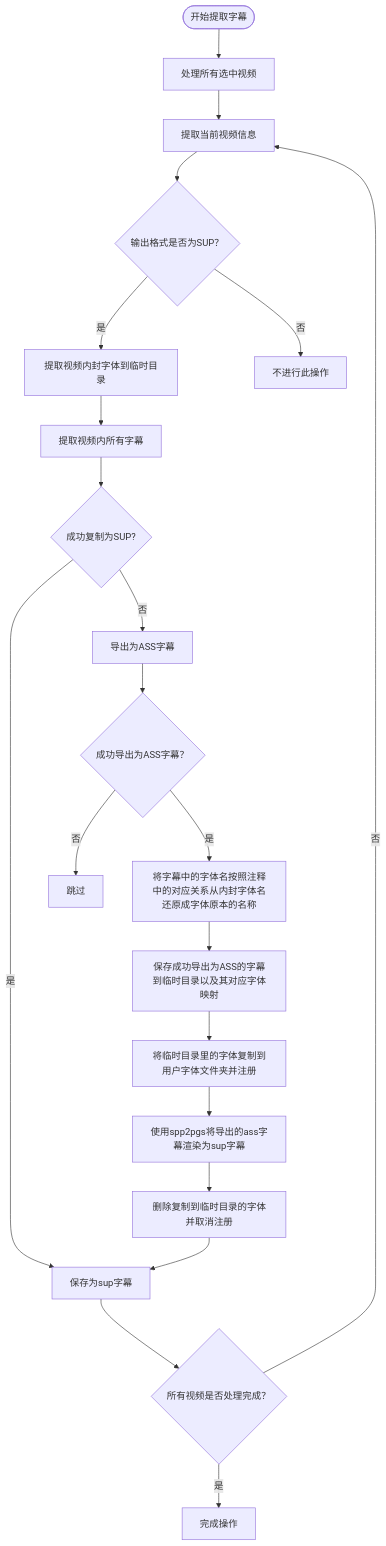
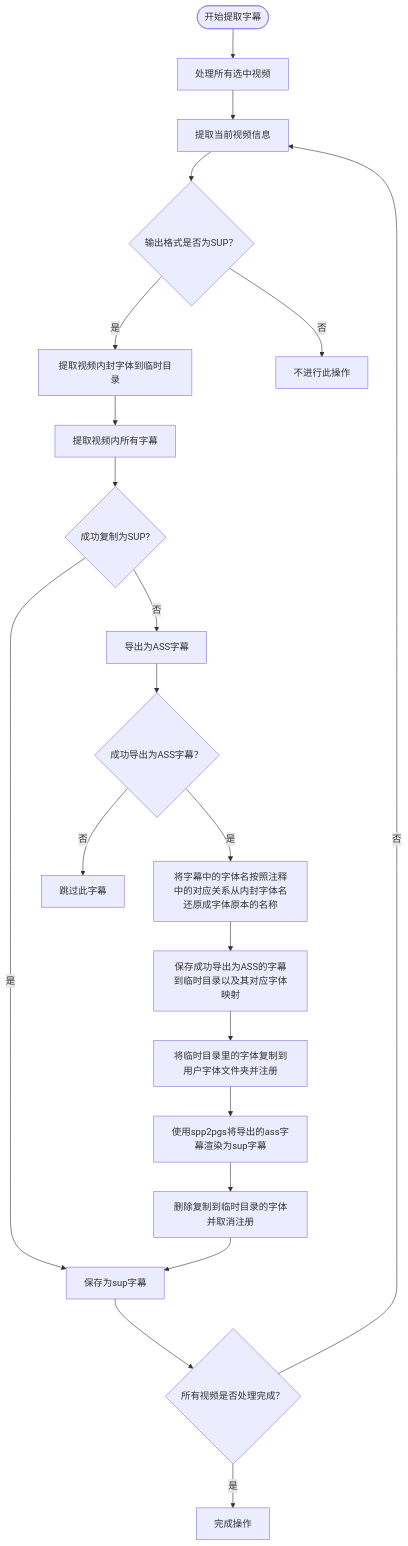
The fourth of 4 diagrams in README.md (TCBOMC/Subtitle-Exporter), drawn with Mermaid before and after one commit.

````diff
--- a/README.md
+++ b/README.md
@@ -153,27 +153,27 @@
     ```mermaid
     flowchart TD
     A(["开始提取字幕"]) --> B["处理所有选中视频"]
     C{"输出格式是否为SUP？"} -- 是 --> D@{ label: "<span style=\"color:\">提取视频内封字体到临时目录</span>" }
     C -- 否 --> E["不进行此操作"]
     B --> n1["提取当前视频信息"]
     n1 --> C
     D --> n19["提取视频内所有字幕"]
     n2["保存成功导出为ASS的字幕到临时目录以及其对应字体映射"] --> n3["将临时目录里的字体复制到用户字体文件夹并注册"]
     n3 --> n20["使用spp2pgs将导出的ass字幕渲染为sup字幕"]
     n5["所有视频是否处理完成？"] -- 否 --> n1
     n7["导出为ASS字幕"] --> n16["成功导出为ASS字幕？"]
     n8["成功复制为SUP?"] -- 否 --> n7
     n8 -- 是 --> n9["保存为sup字幕"]
     n16 -- 是 --> n17["将字幕中的字体名按照注释中的对应关系从内封字体名还原成字体原本的名称"]
-    n16 -- 否 --> n18["跳过"]
+    n16 -- 否 --> n18["跳过此字幕"]
     n17 --> n2
     n19 --> n8
     n20 --> n21["删除复制到临时目录的字体并取消注册"]
     n21 --> n9
     n9 --> n5
     n5 --是--> n14["完成操作"]
     D@{ shape: rect}
     n5@{ shape: diam}
     n16@{ shape: diam}
     n8@{ shape: diam}
     ```
````
